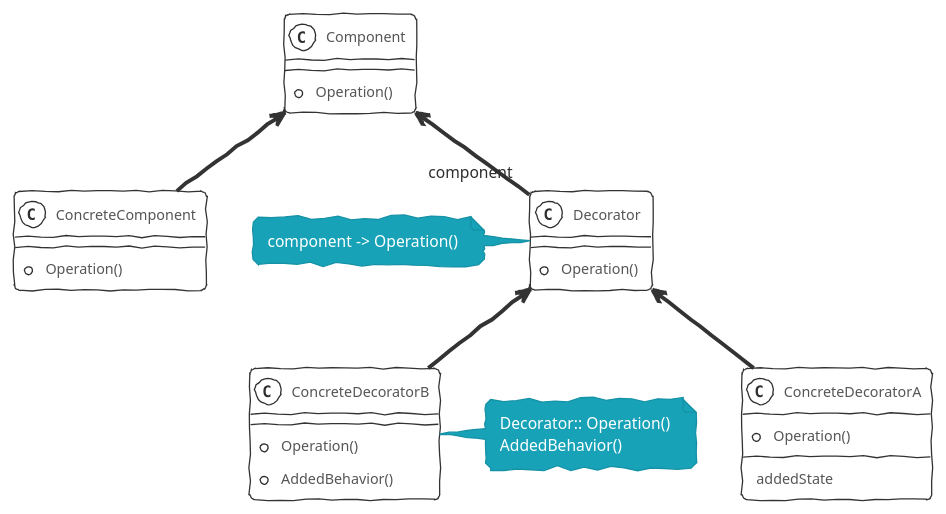
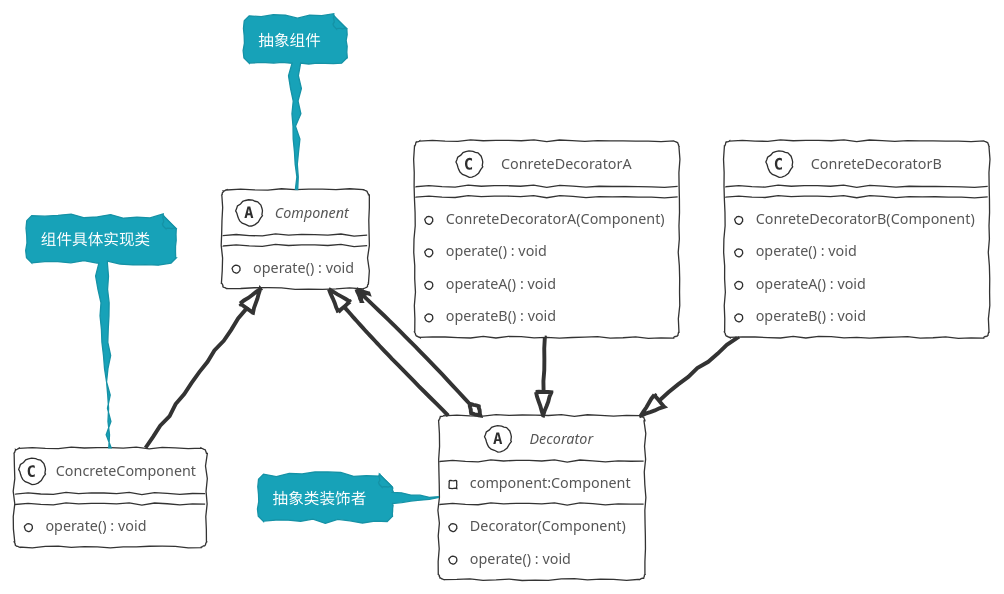
Before and after one commit to xiahubs/xiahubs.github.io: the diagram in source/_posts/DesignPatterns/decorator.md, drawn with PlantUML. The commit also changed other lines of this file and 18 other files, not shown here.

```diff
--- a/source/_posts/DesignPatterns/decorator.md
+++ b/source/_posts/DesignPatterns/decorator.md
@@ -8,28 +8,46 @@
 {% plantuml %}
 !theme sketchy-outline
-class Component {
-  + Operation()
+
+abstract class Component
+{
+  + operate() : void
 }
-class ConcreteComponent {
-  + Operation()
+note top of Component: 抽象组件
+
+class ConcreteComponent
+{
+  + operate() : void
 }
-class Decorator {
-  + Operation()
+note top of ConcreteComponent: 组件具体实现类
+
+abstract class Decorator
+{
+  - component:Component
+  + Decorator(Component)
+  + operate() : void
 }
-note left of Decorator : component -> Operation()
-class ConcreteDecoratorA {
-  + Operation()
-  ---
-  addedState
+note left: 抽象类装饰者
+
+class ConreteDecoratorA
+{
+  + ConreteDecoratorA(Component)
+  + operate() : void
+  + operateA() : void
+  + operateB() : void
 }
-class ConcreteDecoratorB {
-  + Operation()
-  + AddedBehavior()
+
+class ConreteDecoratorB
+{
+  + ConreteDecoratorB(Component)
+  + operate() : void
+  + operateA() : void
+  + operateB() : void
 }
-note right of ConcreteDecoratorB : Decorator:: Operation()\r\nAddedBehavior()
 
-ConcreteComponent -up-> Component
-Decorator "component“ -up-> Component
-ConcreteDecoratorA -up-> Decorator
-ConcreteDecoratorB -up-> Decorator
+Component <|-- ConcreteComponent
+Component <|-- Decorator
+Component <--o Decorator
+ConreteDecoratorA --|> Decorator
+ConreteDecoratorB --|> Decorator
+
 {% endplantuml %}
```
